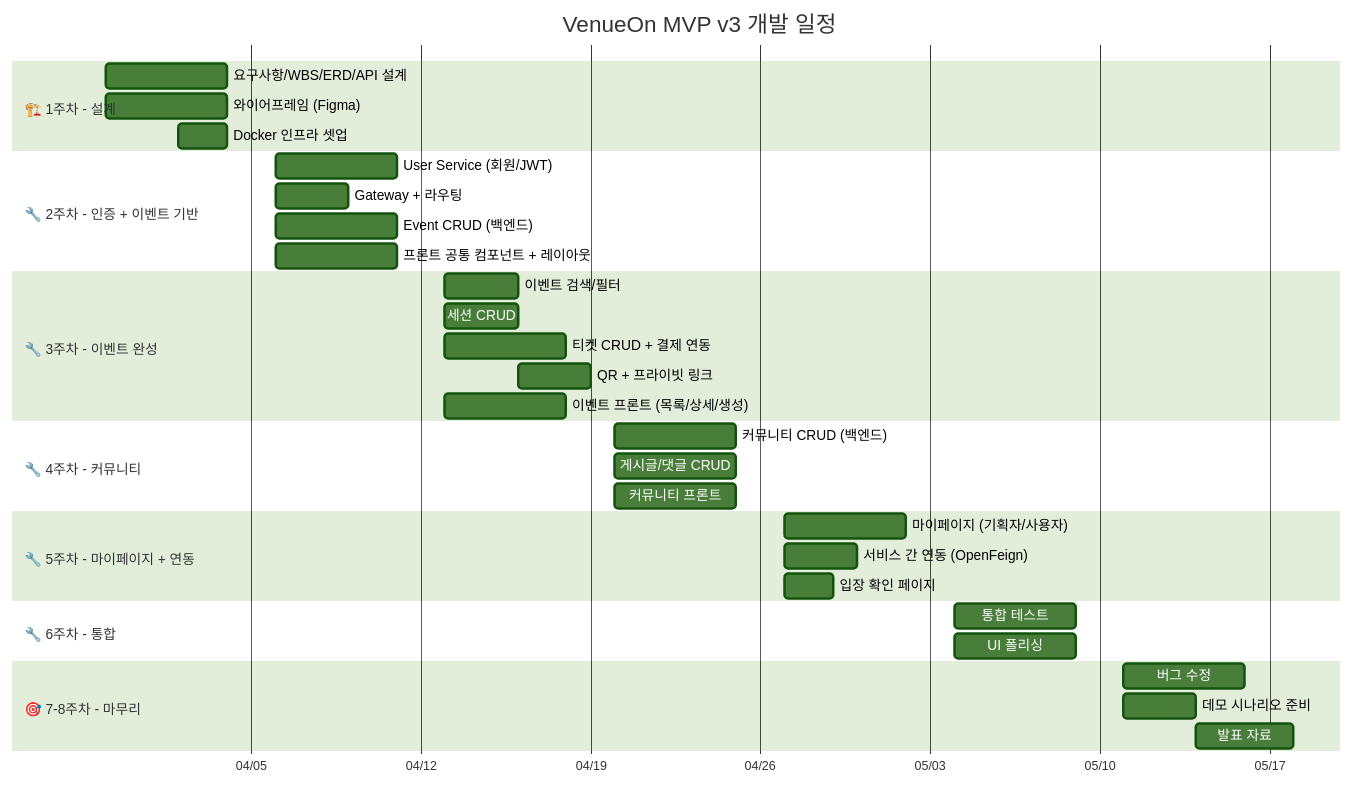
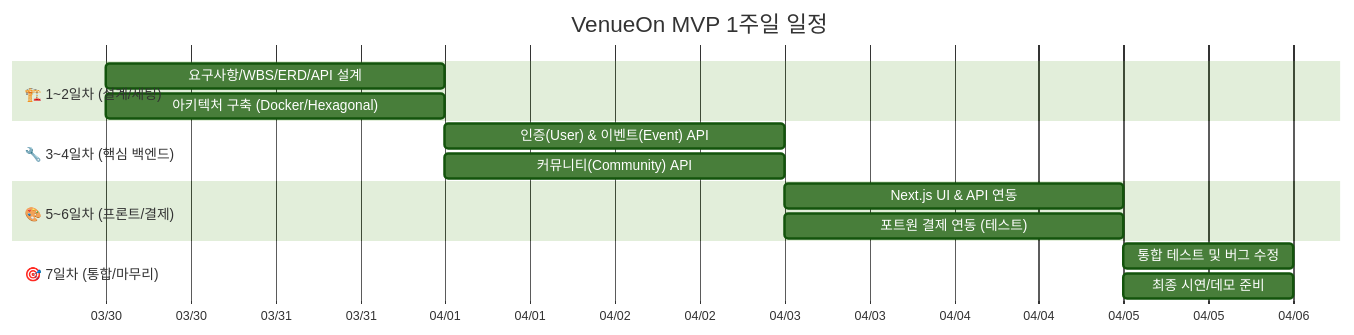
One commit to newlecture-ibm2/team3-jangane-venueon changed the fifth of 5 diagrams in MVP_아키텍처_v3.md. Above: the diagram before and after it, drawn with Mermaid (forest theme). The commit also changed other lines of this file and 1 other file, not shown here.

Commit message:
docs: 조원 역할 섹션 삭제 및 MVP 프로젝트 기간 1주일 단기 스케줄로 단축

````diff
--- a/MVP_아키텍처_v3.md
+++ b/MVP_아키텍처_v3.md
@@ -1020,43 +1022,22 @@
 ```mermaid
 gantt
-    title VenueOn MVP v3 개발 일정
+    title VenueOn MVP 1주일 일정
     dateFormat  YYYY-MM-DD
     axisFormat  %m/%d
 
-    section 🏗️ 1주차 - 설계
-    요구사항/WBS/ERD/API 설계   :a1, 2026-03-30, 5d
-    와이어프레임 (Figma)        :a2, 2026-03-30, 5d
-    Docker 인프라 셋업          :a3, 2026-04-02, 2d
+    section 🏗️ 1~2일차 (설계/세팅)
+    요구사항/WBS/ERD/API 설계     :a1, 2026-03-30, 2d
+    아키텍처 구축 (Docker/Hexagonal) :a2, 2026-03-30, 2d
 
-    section 🔧 2주차 - 인증 + 이벤트 기반
-    User Service (회원/JWT)     :b1, 2026-04-06, 5d
-    Gateway + 라우팅             :b2, 2026-04-06, 3d
-    Event CRUD (백엔드)         :b3, 2026-04-06, 5d
-    프론트 공통 컴포넌트 + 레이아웃 :b4, 2026-04-06, 5d
+    section 🔧 3~4일차 (핵심 백엔드)
+    인증(User) & 이벤트(Event) API  :b1, 2026-04-01, 2d
+    커뮤니티(Community) API         :b2, 2026-04-01, 2d
 
-    section 🔧 3주차 - 이벤트 완성
-    이벤트 검색/필터             :c1, 2026-04-13, 3d
-    세션 CRUD                   :c2, 2026-04-13, 3d
-    티켓 CRUD + 결제 연동        :c3, 2026-04-13, 5d
-    QR + 프라이빗 링크           :c4, 2026-04-16, 3d
-    이벤트 프론트 (목록/상세/생성) :c5, 2026-04-13, 5d
+    section 🎨 5~6일차 (프론트/결제)
+    Next.js UI & API 연동         :c1, 2026-04-03, 2d
+    포트원 결제 연동 (테스트)         :c2, 2026-04-03, 2d
 
-    section 🔧 4주차 - 커뮤니티
-    커뮤니티 CRUD (백엔드)       :d1, 2026-04-20, 5d
-    게시글/댓글 CRUD             :d2, 2026-04-20, 5d
-    커뮤니티 프론트               :d3, 2026-04-20, 5d
-
-    section 🔧 5주차 - 마이페이지 + 연동
-    마이페이지 (기획자/사용자)     :e1, 2026-04-27, 5d
-    서비스 간 연동 (OpenFeign)    :e2, 2026-04-27, 3d
-    입장 확인 페이지              :e3, 2026-04-27, 2d
-
-    section 🔧 6주차 - 통합
-    통합 테스트                  :f1, 2026-05-04, 5d
-    UI 폴리싱                   :f2, 2026-05-04, 5d
-
-    section 🎯 7-8주차 - 마무리
-    버그 수정                    :g1, 2026-05-11, 5d
-    데모 시나리오 준비            :g2, 2026-05-11, 3d
-    발표 자료                    :g3, 2026-05-14, 4d
+    section 🎯 7일차 (통합/마무리)
+    통합 테스트 및 버그 수정         :d1, 2026-04-05, 1d
+    최종 시연/데모 준비             :d2, 2026-04-05, 1d
 ```
````
